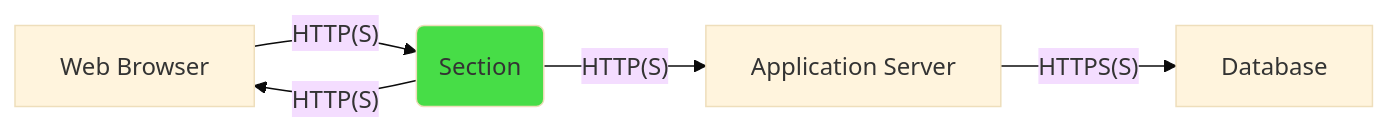
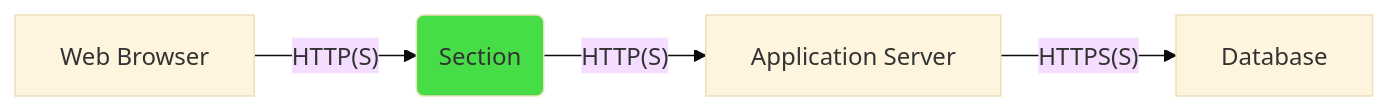
One commit to sudosoph/docs changed the second of 2 diagrams in content/getting-started/overview/_index.md. Above: the diagram before and after it, drawn with Mermaid (base theme).

Commit message:
minor flowchart change

```diff
--- a/content/getting-started/overview/_index.md
+++ b/content/getting-started/overview/_index.md
@@ -28,8 +28,7 @@
 {{<mermaid align="center">}}
 graph LR;
     A[Web Browser] -->|"HTTP(S)"| B(Section)
-    B -->|"HTTP(S)"| A
     B -->|"HTTP(S)"| C[Application Server]
     C -->|"HTTPS(S)"| D[Database]
     style B fill:#47dd47
 {{< /mermaid >}}
```
